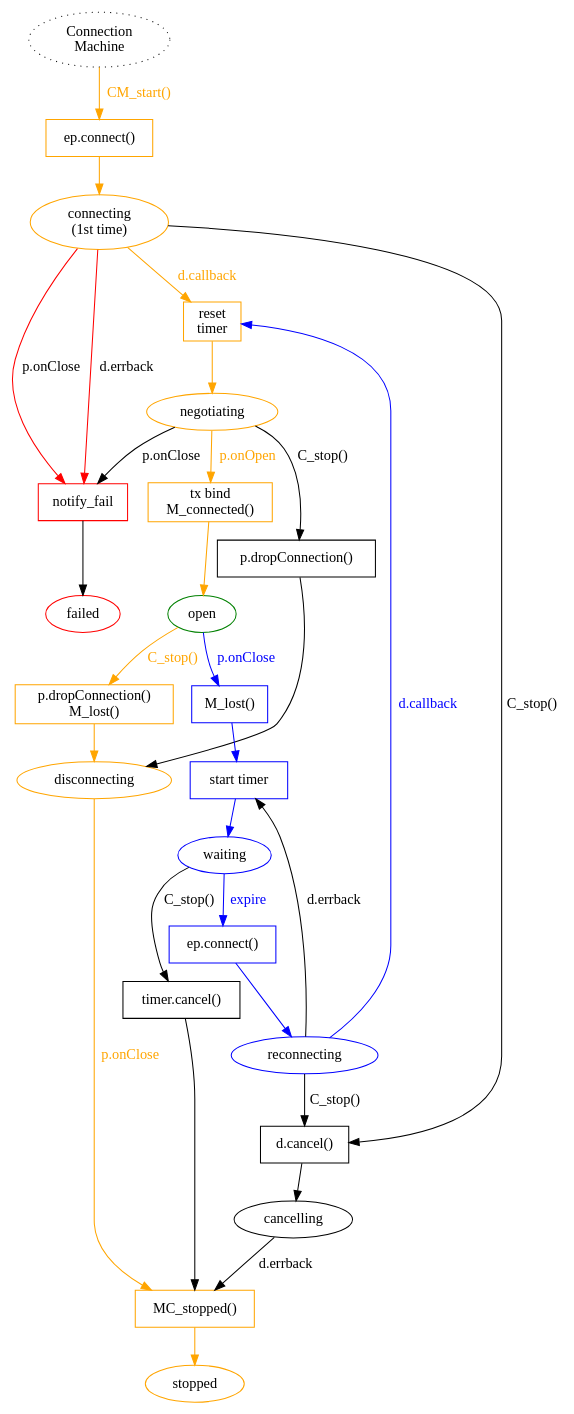
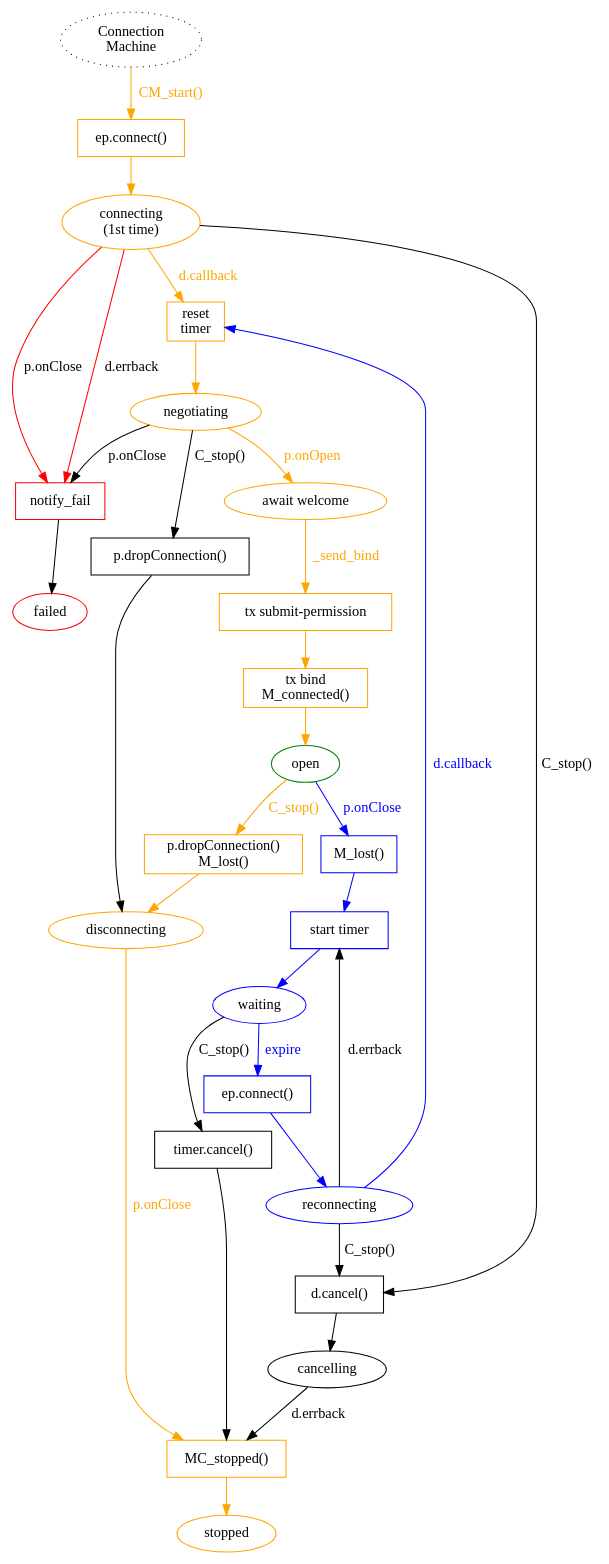
One commit to magic-wormhole/magic-wormhole changed the diagram in docs/state-machines/_connection.dot. Above: the diagram before and after it, drawn with Graphviz. The commit also changed 2 other files, not shown here.

```diff
--- a/docs/state-machines/_connection.dot
+++ b/docs/state-machines/_connection.dot
@@ -1,76 +1,84 @@
 digraph {
         /* note: this is nominally what we want from the machine that
          establishes the WebSocket connection (and re-establishes it when it
          is lost). We aren't using this yet; for now we're relying upon
          twisted.application.internet.ClientService, which does reconnection
          and random exponential backoff.
 
          The one thing it doesn't do is fail entirely when the first
          connection attempt fails, which I think would be good for usability.
          If the first attempt fails, it's probably because you don't have a
          network connection, or the hostname is wrong, or the service has
          been retired entirely. And retrying silently forever is not being
          honest with the user.
 
          So I'm keeping this diagram around, as a reminder of how we'd like
          to modify ClientService. */
 
 
         /* ConnectionMachine */
         C_start [label="Connection\nMachine" style="dotted"]
         C_start -> C_Pc1 [label="CM_start()" color="orange" fontcolor="orange"]
         C_Pc1 [shape="box" label="ep.connect()" color="orange"]
         C_Pc1 -> C_Sc1 [color="orange"]
         C_Sc1 [label="connecting\n(1st time)" color="orange"]
         C_Sc1 -> C_P_reset [label="d.callback" color="orange" fontcolor="orange"]
         C_P_reset [shape="box" label="reset\ntimer" color="orange"]
         C_P_reset -> C_S_negotiating [color="orange"]
         C_Sc1 -> C_P_failed [label="d.errback" color="red"]
         C_Sc1 -> C_P_failed [label="p.onClose" color="red"]
         C_Sc1 -> C_P_cancel [label="C_stop()"]
         C_P_cancel [shape="box" label="d.cancel()"]
         C_P_cancel -> C_S_cancelling
         C_S_cancelling [label="cancelling"]
         C_S_cancelling -> C_P_stopped [label="d.errback"]
 
         C_S_negotiating [label="negotiating" color="orange"]
         C_S_negotiating -> C_P_failed [label="p.onClose"]
-        C_S_negotiating -> C_P_connected [label="p.onOpen" color="orange" fontcolor="orange"]
+
+        C_S_negotiating -> C_P_await_welcome [label="p.onOpen" color="orange" fontcolor="orange"]
+
+        C_P_await_welcome -> C_P_permission [label="_send_bind" color="orange" fontcolor="orange"]
+        C_P_await_welcome [label="await welcome" color="orange"]
+
+        C_P_permission [shape="box" label="tx submit-permission" color="orange"]
+        C_P_permission -> C_P_connected [color="orange"]
+
         C_S_negotiating -> C_P_drop2 [label="C_stop()"]
         C_P_drop2 [shape="box" label="p.dropConnection()"]
         C_P_drop2 -> C_S_disconnecting
         C_P_connected [shape="box" label="tx bind\nM_connected()" color="orange"]
         C_P_connected -> C_S_open [color="orange"]
 
         C_S_open [label="open" color="green"]
         C_S_open -> C_P_lost [label="p.onClose" color="blue" fontcolor="blue"]
         C_S_open -> C_P_drop [label="C_stop()" color="orange" fontcolor="orange"]
         C_P_drop [shape="box" label="p.dropConnection()\nM_lost()" color="orange"]
         C_P_drop -> C_S_disconnecting [color="orange"]
         C_S_disconnecting [label="disconnecting" color="orange"]
         C_S_disconnecting -> C_P_stopped [label="p.onClose" color="orange" fontcolor="orange"]
 
         C_P_lost [shape="box" label="M_lost()" color="blue"]
         C_P_lost -> C_P_wait [color="blue"]
         C_P_wait [shape="box" label="start timer" color="blue"]
         C_P_wait -> C_S_waiting [color="blue"]
         C_S_waiting [label="waiting" color="blue"]
         C_S_waiting -> C_Pc2 [label="expire" color="blue" fontcolor="blue"]
         C_S_waiting -> C_P_stop_timer [label="C_stop()"]
         C_P_stop_timer [shape="box" label="timer.cancel()"]
         C_P_stop_timer -> C_P_stopped
         C_Pc2 [shape="box" label="ep.connect()" color="blue"]
         C_Pc2 -> C_Sc2 [color="blue"]
         C_Sc2 [label="reconnecting" color="blue"]
         C_Sc2 -> C_P_reset [label="d.callback" color="blue" fontcolor="blue"]
         C_Sc2 -> C_P_wait [label="d.errback"]
         C_Sc2 -> C_P_cancel [label="C_stop()"]
 
         C_P_stopped [shape="box" label="MC_stopped()" color="orange"]
         C_P_stopped -> C_S_stopped [color="orange"]
         C_S_stopped [label="stopped" color="orange"]
 
         C_P_failed [shape="box" label="notify_fail" color="red"]
         C_P_failed -> C_S_failed
         C_S_failed [label="failed" color="red"]
 }
```
